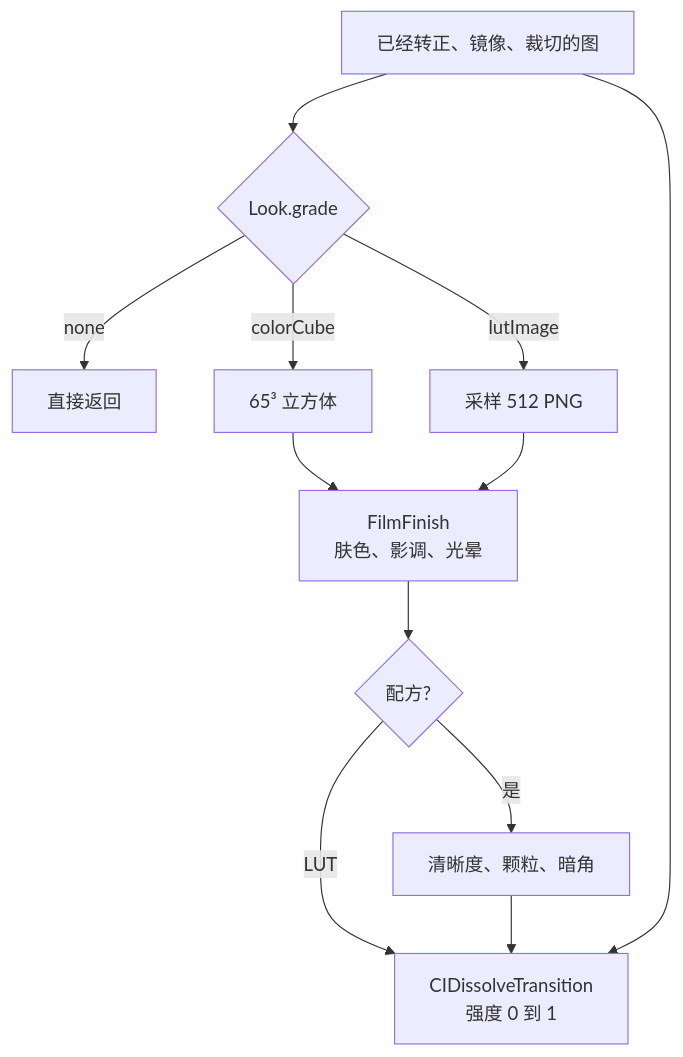
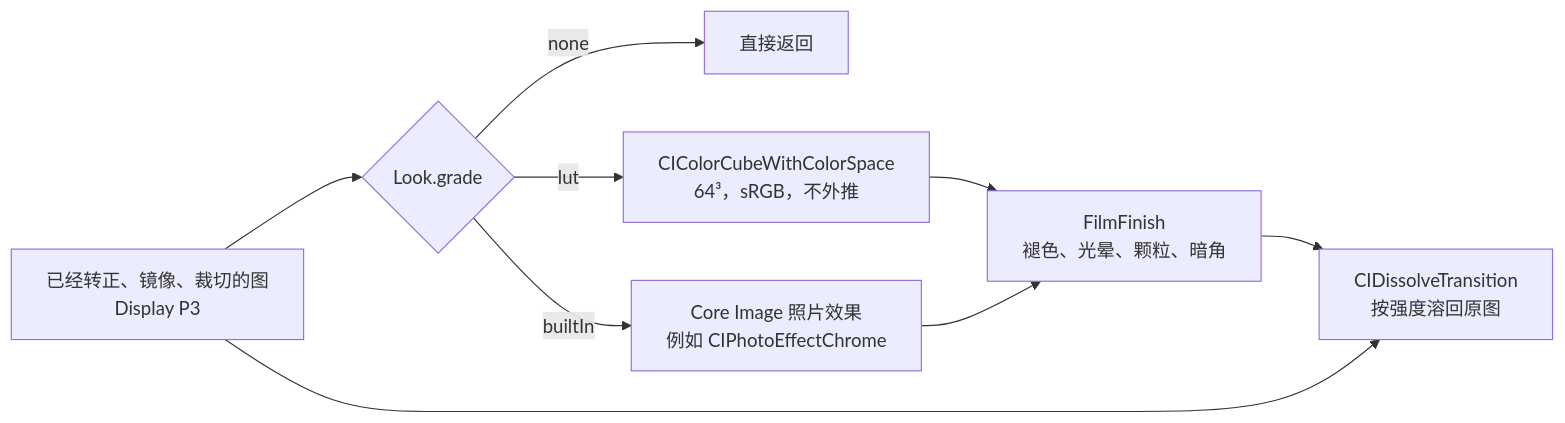
Before and after one commit to zhe-ma/angie-filter: the diagram in design/rendering.md, drawn with Mermaid. The commit also changed other lines of this file and 148 other files, not shown here.

First line of the commit message:
把滤镜换成开源胶片 LUT 和 Core Image 内置效果，并写下 Live Photo 和录像的采集路线。

````diff
--- a/design/rendering.md
+++ b/design/rendering.md
@@ -9,14 +20,11 @@
 ```mermaid
-flowchart TB
-  src["已经转正、镜像、裁切的图"] --> dispatch{"Look.grade"}
-  dispatch -->|none| back["直接返回"]
-  dispatch -->|colorCube| cube["65³ 立方体"]
-  dispatch -->|lutImage| sample["采样 512 PNG"]
-  cube --> finish["FilmFinish<br/>肤色、影调、光晕"]
-  sample --> finish
-  finish --> spatial{"配方?"}
-  spatial -->|是| rest["清晰度、颗粒、暗角"]
-  spatial -->|LUT| dissolve["CIDissolveTransition<br/>强度 0 到 1"]
-  rest --> dissolve
-  src --> dissolve
+flowchart LR
+  src["已经转正、镜像、裁切的图<br/>Display P3"] --> grade{"Look.grade"}
+  grade -->|none| back["直接返回"]
+  grade -->|lut| cube["CIColorCubeWithColorSpace<br/>64³，sRGB，不外推"]
+  grade -->|builtIn| ci["Core Image 照片效果<br/>例如 CIPhotoEffectChrome"]
+  cube --> finish["FilmFinish<br/>褪色、光晕、颗粒、暗角"]
+  ci --> finish
+  finish --> mix["CIDissolveTransition<br/>按强度溶回原图"]
+  src --> mix
 ```
````
